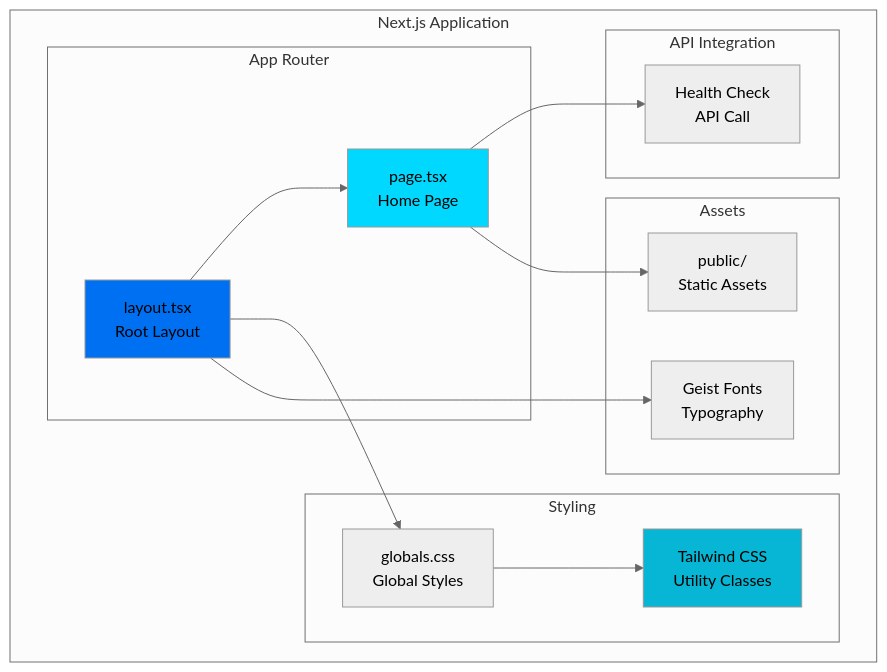
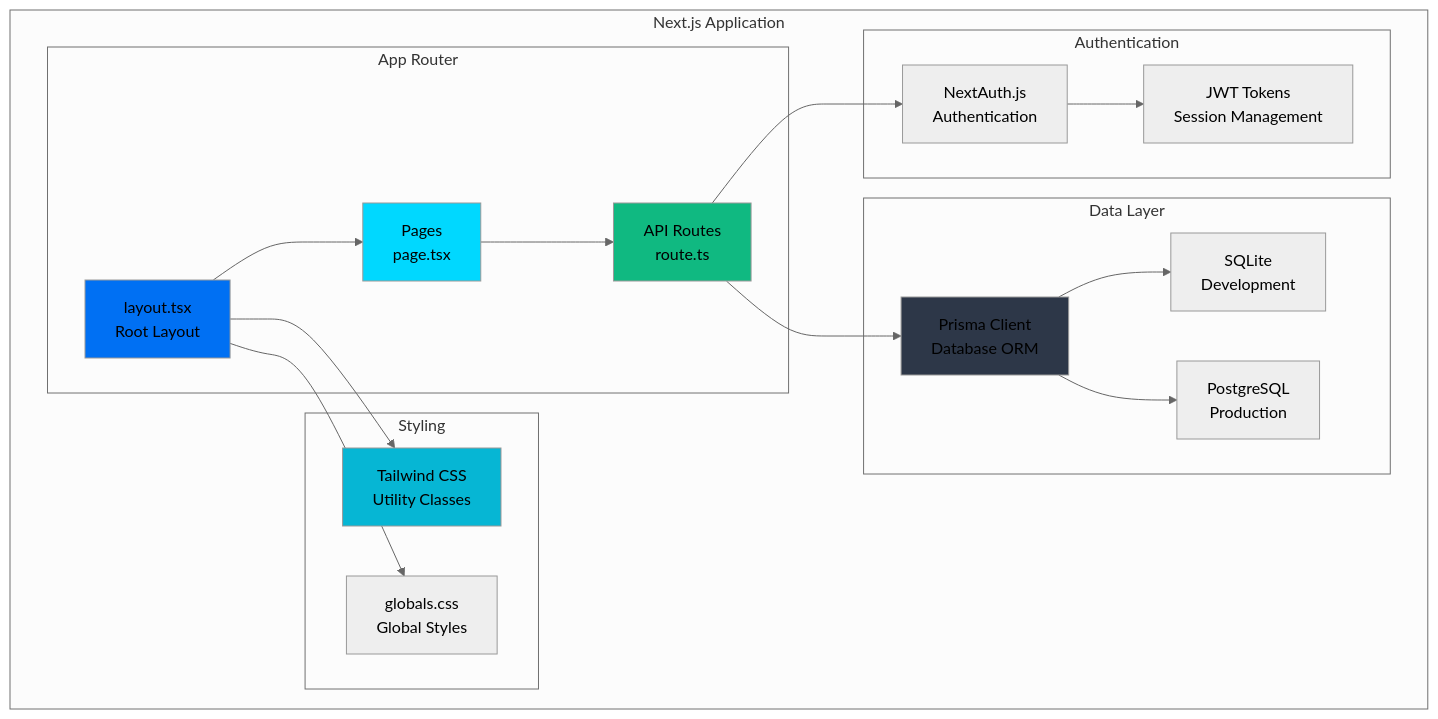
One commit to ArthurRodrigues006/Linkmeturapp changed the second of 5 diagrams in ARCHITECTURE.md. Above: the diagram before and after it, drawn with Mermaid (neutral theme). The commit also changed other lines of this file and 228 other files, not shown here.

````diff
--- a/ARCHITECTURE.md
+++ b/ARCHITECTURE.md
@@ -177,34 +99,42 @@
 ```mermaid
 graph TB
     subgraph "Next.js Application"
         subgraph "App Router"
             Layout[layout.tsx<br/>Root Layout]
-            Page[page.tsx<br/>Home Page]
+            Pages[Pages<br/>page.tsx]
+            API[API Routes<br/>route.ts]
+        end
+        
+        subgraph "Data Layer"
+            Prisma[Prisma Client<br/>Database ORM]
+            SQLite[SQLite<br/>Development]
+            PostgreSQL[PostgreSQL<br/>Production]
         end
         
         subgraph "Styling"
+            Tailwind[Tailwind CSS<br/>Utility Classes]
             GlobalCSS[globals.css<br/>Global Styles]
-            Tailwind[Tailwind CSS<br/>Utility Classes]
         end
         
-        subgraph "Assets"
-            Public[public/<br/>Static Assets]
-            Fonts[Geist Fonts<br/>Typography]
-        end
-        
-        subgraph "API Integration"
-            HealthAPI[Health Check<br/>API Call]
+        subgraph "Authentication"
+            NextAuth[NextAuth.js<br/>Authentication]
+            JWT[JWT Tokens<br/>Session Management]
         end
     end
     
-    Layout --> Page
-    Page --> HealthAPI
+    Layout --> Pages
+    Pages --> API
+    API --> Prisma
+    Prisma --> SQLite
+    Prisma --> PostgreSQL
+    Layout --> Tailwind
     Layout --> GlobalCSS
-    GlobalCSS --> Tailwind
-    Layout --> Fonts
-    Page --> Public
+    API --> NextAuth
+    NextAuth --> JWT
     
     style Layout fill:#0070f3
-    style Page fill:#00d8ff
+    style Pages fill:#00d8ff
+    style API fill:#10b981
+    style Prisma fill:#2d3748
     style Tailwind fill:#06b6d4
 ```
````
